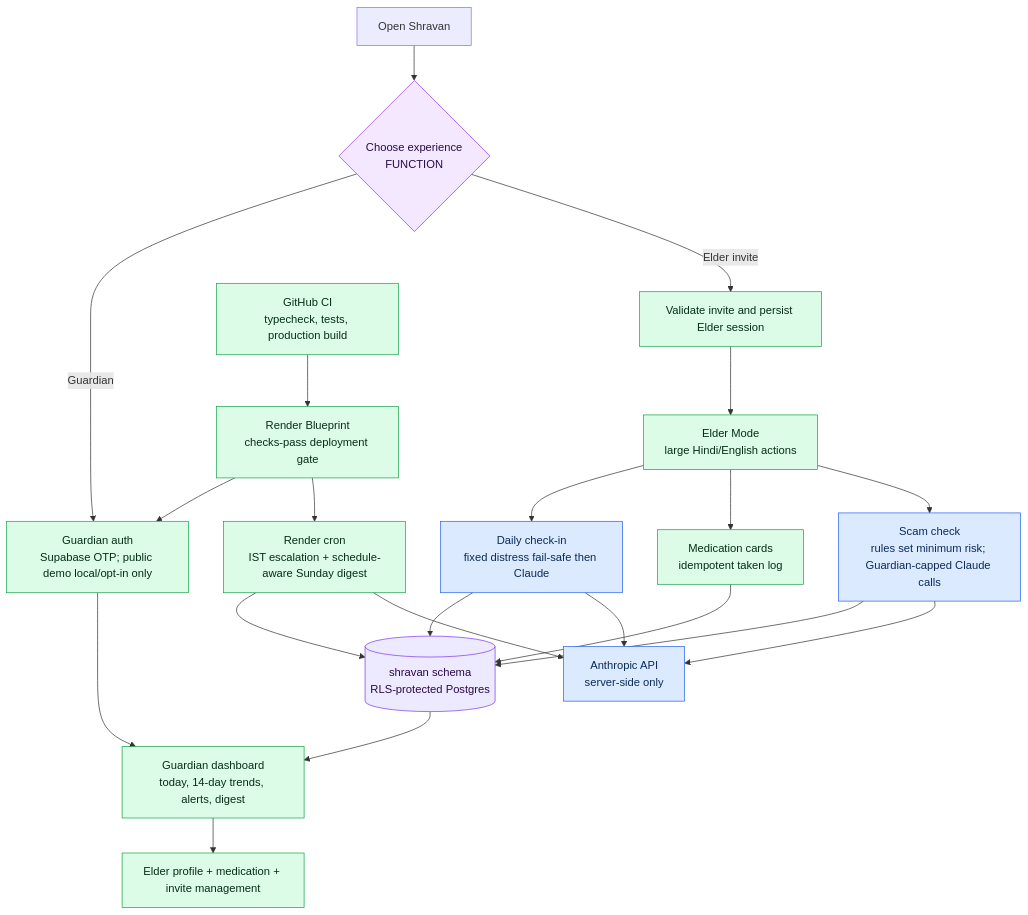
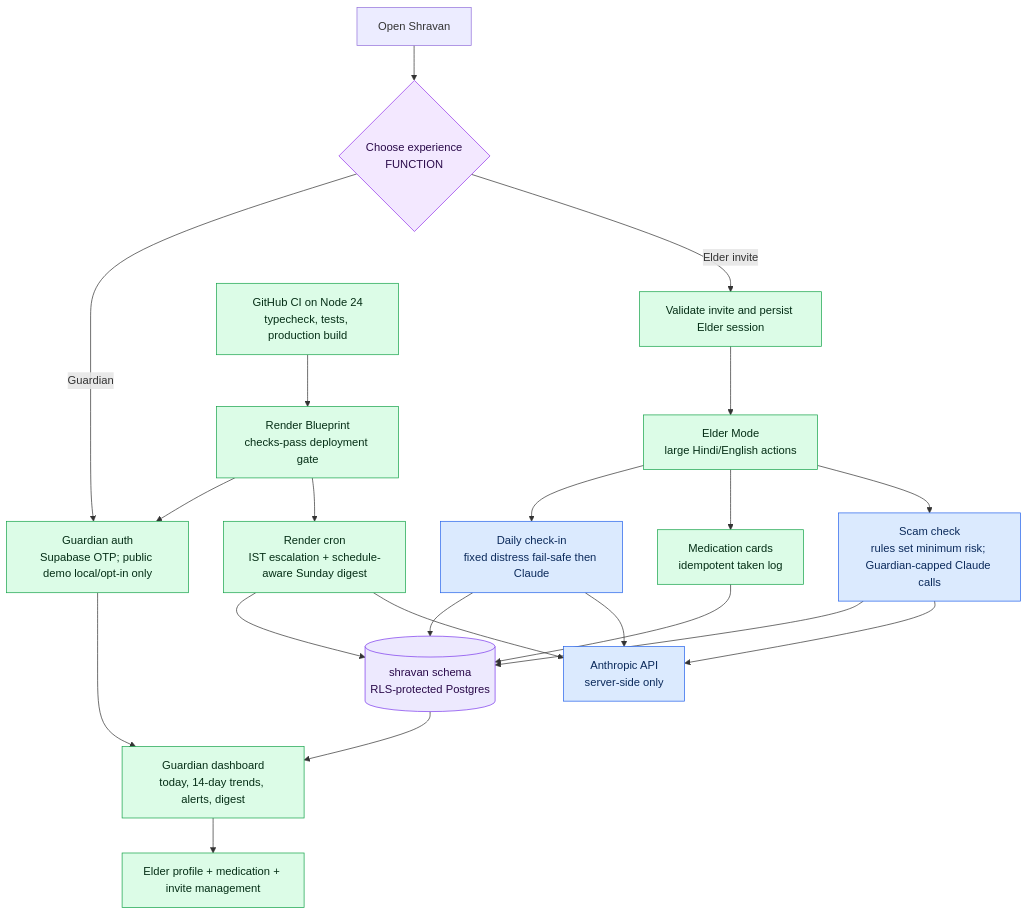
The diagram in docs/mermaid/01-master-flow.mmd (APareek89/shravan), drawn with Mermaid before and after one commit. The commit also changed 4 other files, not shown here.

```diff
--- a/docs/mermaid/01-master-flow.mmd
+++ b/docs/mermaid/01-master-flow.mmd
@@ -1,34 +1,34 @@
 %% Shravan v0.1 master flow
 %% files: app/page.tsx, app/dashboard/page.tsx, app/elder/page.tsx, app/api/chat/route.ts, app/api/scam-check/route.ts, app/api/cron/escalations/route.ts, app/api/cron/digest/route.ts, lib/data.ts, .github/workflows/ci.yml, render.yaml
 %% granularity: master
 flowchart TD
   Entry["Open Shravan"] --> Role{"Choose experience<br/>FUNCTION"}
   Role -->|Guardian| Auth["Guardian auth<br/>Supabase OTP; public demo local/opt-in only"]
   Auth --> Dash["Guardian dashboard<br/>today, 14-day trends, alerts, digest"]
   Dash --> Manage["Elder profile + medication + invite management"]
   Role -->|Elder invite| Invite["Validate invite and persist Elder session"]
   Invite --> Elder["Elder Mode<br/>large Hindi/English actions"]
   Elder --> Checkin["Daily check-in<br/>fixed distress fail-safe then Claude"]
   Elder --> Meds["Medication cards<br/>idempotent taken log"]
   Elder --> Scam["Scam check<br/>rules set minimum risk; Guardian-capped Claude calls"]
   Checkin --> DB[("shravan schema<br/>RLS-protected Postgres")]
   Meds --> DB
   Scam --> DB
   Cron["Render cron<br/>IST escalation + schedule-aware Sunday digest"] --> DB
   Cron --> Claude["Anthropic API<br/>server-side only"]
   Checkin --> Claude
   Scam --> Claude
   DB --> Dash
-  CI["GitHub CI<br/>typecheck, tests, production build"] --> Deploy["Render Blueprint<br/>checks-pass deployment gate"]
+  CI["GitHub CI on Node 24<br/>typecheck, tests, production build"] --> Deploy["Render Blueprint<br/>checks-pass deployment gate"]
   Deploy --> Auth
   Deploy --> Cron
   classDef agent fill:#dbeafe,stroke:#2563eb,color:#0b2a5b;
   classDef fn fill:#dcfce7,stroke:#16a34a,color:#052e16;
   classDef dec fill:#f3e8ff,stroke:#9333ea,color:#2a0a4a;
   classDef term fill:#e5e7eb,stroke:#6b7280,color:#111827;
   classDef ask fill:#cffafe,stroke:#0891b2,color:#083344;
   classDef data fill:#ede9fe,stroke:#7c3aed,color:#2a0a4a;
   class Auth,Dash,Manage,Invite,Elder,Meds,Cron,CI,Deploy fn;
   class Role dec;
   class Checkin,Scam,Claude agent;
   class DB data;
```
